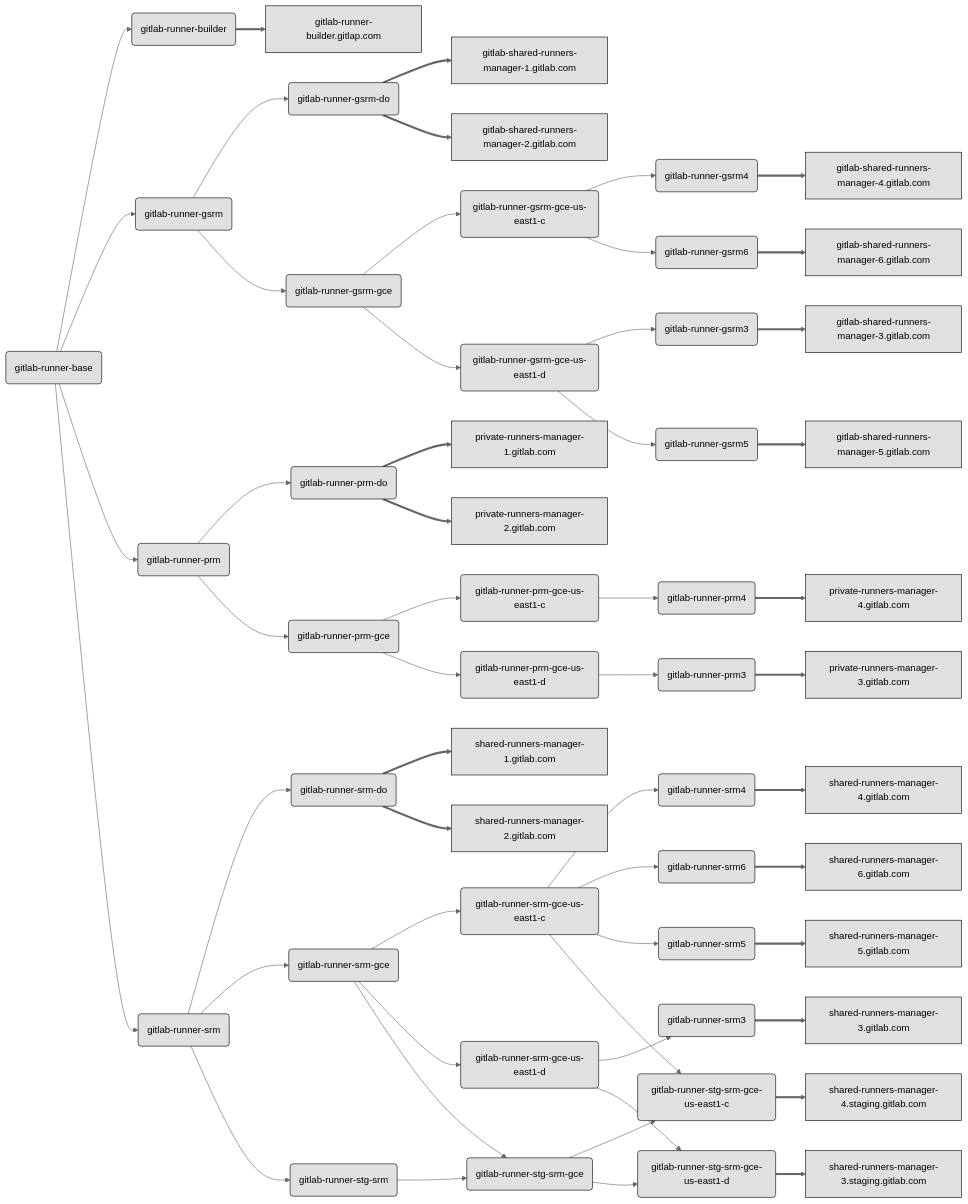
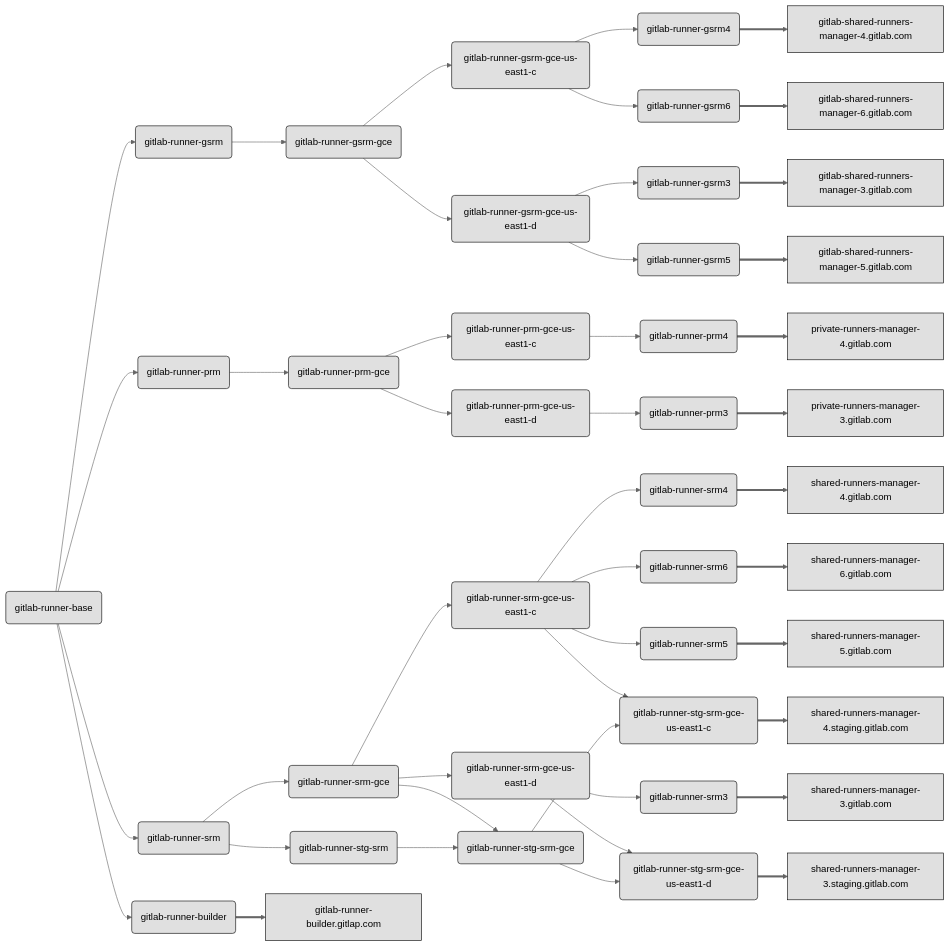
The diagram in howto/update-gitlab-runner-on-managers.md (mattrussi/gitlab-com-runbooks), drawn with Mermaid (neutral theme) before and after one commit.

Commit message:
Remove digital ocean runners from role mapping
In https://gitlab.com/gitlab-com/gl-infra/infrastructure/issues/6901 all
of the CI infrastructure was removed for Digital Ocean making the
following runner manager no longer existant:

- shared-runners-manager-1.gitlab.com
- shared-runners-manager-2.gitlab.com
- gitlab-shared-runners-manager-1.gitlab.com
- gitlab-shared-runners-manager-2.gitlab.com
- private-shared-runners-manager-1.gitlab.com
- private-shared-runners-manager-2.gitlab.com

```diff
--- a/howto/update-gitlab-runner-on-managers.md
+++ b/howto/update-gitlab-runner-on-managers.md
@@ -11,7 +11,6 @@
     r::builder(gitlab-runner-builder)
 
     r::gsrm(gitlab-runner-gsrm)
-    r::gsrm-do(gitlab-runner-gsrm-do)
     r::gsrm-gce(gitlab-runner-gsrm-gce)
     r::gsrm-gce-us-east1-c(gitlab-runner-gsrm-gce-us-east1-c)
     r::gsrm3(gitlab-runner-gsrm3)
@@ -21,7 +20,6 @@
     r::gsrm6(gitlab-runner-gsrm6)
 
     r::prm(gitlab-runner-prm)
-    r::prm-do(gitlab-runner-prm-do)
     r::prm-gce(gitlab-runner-prm-gce)
     r::prm-gce-us-east1-c(gitlab-runner-prm-gce-us-east1-c)
     r::prm3(gitlab-runner-prm3)
@@ -29,7 +27,6 @@
     r::prm4(gitlab-runner-prm4)
 
     r::srm(gitlab-runner-srm)
-    r::srm-do(gitlab-runner-srm-do)
     r::srm-gce(gitlab-runner-srm-gce)
     r::srm-gce-us-east1-c(gitlab-runner-srm-gce-us-east1-c)
     r::srm3(gitlab-runner-srm3)
@@ -45,20 +42,14 @@
 
     n::grb[gitlab-runner-builder.gitlap.com]
 
-    n::gsrm1[gitlab-shared-runners-manager-1.gitlab.com]
-    n::gsrm2[gitlab-shared-runners-manager-2.gitlab.com]
     n::gsrm3[gitlab-shared-runners-manager-3.gitlab.com]
     n::gsrm4[gitlab-shared-runners-manager-4.gitlab.com]
     n::gsrm5[gitlab-shared-runners-manager-5.gitlab.com]
     n::gsrm6[gitlab-shared-runners-manager-6.gitlab.com]
 
-    n::prm1[private-runners-manager-1.gitlab.com]
-    n::prm2[private-runners-manager-2.gitlab.com]
     n::prm3[private-runners-manager-3.gitlab.com]
     n::prm4[private-runners-manager-4.gitlab.com]
 
-    n::srm1[shared-runners-manager-1.gitlab.com]
-    n::srm2[shared-runners-manager-2.gitlab.com]
     n::srm3[shared-runners-manager-3.gitlab.com]
     n::srm4[shared-runners-manager-4.gitlab.com]
     n::srm5[shared-runners-manager-5.gitlab.com]
@@ -71,9 +62,6 @@
     r::builder ==> n::grb
 
     r::base --> r::gsrm
-    r::gsrm --> r::gsrm-do
-    r::gsrm-do ==> n::gsrm1
-    r::gsrm-do ==> n::gsrm2
     r::gsrm --> r::gsrm-gce
     r::gsrm-gce --> r::gsrm-gce-us-east1-c
     r::gsrm-gce-us-east1-c --> r::gsrm4
@@ -87,9 +75,6 @@
     r::gsrm5 ==> n::gsrm5
 
     r::base --> r::prm
-    r::prm --> r::prm-do
-    r::prm-do ==> n::prm1
-    r::prm-do ==> n::prm2
     r::prm --> r::prm-gce
     r::prm-gce --> r::prm-gce-us-east1-c
     r::prm-gce-us-east1-c --> r::prm4
@@ -99,9 +84,6 @@
     r::prm3 ==> n::prm3
 
     r::base --> r::srm
-    r::srm --> r::srm-do
-    r::srm-do ==> n::srm1
-    r::srm-do ==> n::srm2
     r::srm --> r::srm-gce
     r::srm-gce --> r::srm-gce-us-east1-c
     r::srm-gce-us-east1-c --> r::srm4
```
